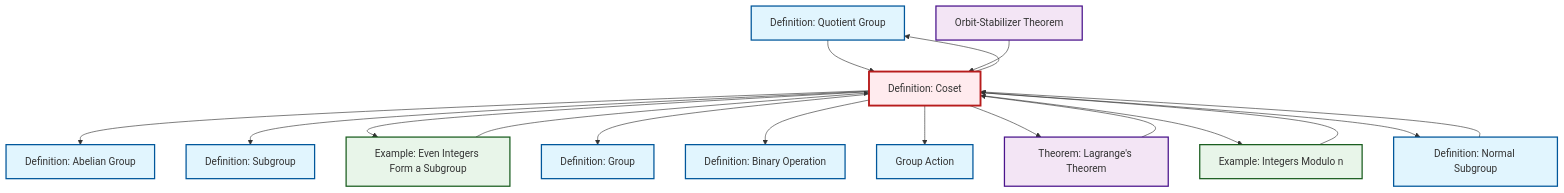
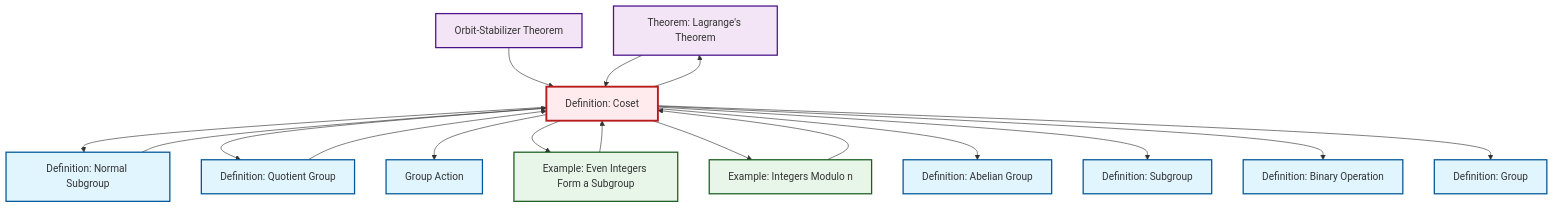
One commit to RK0429/ModernMath changed the diagram in content/ja/algebra/def-coset.qmd. Above: the diagram before and after it, drawn with Mermaid. The commit also changed other lines of this file and 615 other files, not shown here.

````diff
--- a/content/ja/algebra/def-coset.qmd
+++ b/content/ja/algebra/def-coset.qmd
@@ -158,49 +158,49 @@
 ```{mermaid}
 %%| fig-cap: "Local dependency graph"
 graph TD
     classDef definition fill:#e1f5fe,stroke:#01579b,stroke-width:2px
     classDef theorem fill:#f3e5f5,stroke:#4a148c,stroke-width:2px
     classDef axiom fill:#fff3e0,stroke:#e65100,stroke-width:2px
     classDef example fill:#e8f5e9,stroke:#1b5e20,stroke-width:2px
     classDef current fill:#ffebee,stroke:#b71c1c,stroke-width:3px
+    def-group-action["Group Action"]:::definition
+    def-group["Definition: Group"]:::definition
+    def-subgroup["Definition: Subgroup"]:::definition
+    thm-lagrange["Theorem: Lagrange's Theorem"]:::theorem
+    def-binary-operation["Definition: Binary Operation"]:::definition
     def-abelian-group["Definition: Abelian Group"]:::definition
-    def-quotient-group["Definition: Quotient Group"]:::definition
+    ex-even-integers-subgroup["Example: Even Integers Form a Subgroup"]:::example
+    thm-orbit-stabilizer["Orbit-Stabilizer Theorem"]:::theorem
     ex-quotient-integers-mod-n["Example: Integers Modulo n"]:::example
-    thm-lagrange["Theorem: Lagrange's Theorem"]:::theorem
     def-coset["Definition: Coset"]:::definition
     def-normal-subgroup["Definition: Normal Subgroup"]:::definition
-    def-group-action["Group Action"]:::definition
-    ex-even-integers-subgroup["Example: Even Integers Form a Subgroup"]:::example
-    def-group["Definition: Group"]:::definition
-    thm-orbit-stabilizer["Orbit-Stabilizer Theorem"]:::theorem
-    def-binary-operation["Definition: Binary Operation"]:::definition
-    def-subgroup["Definition: Subgroup"]:::definition
+    def-quotient-group["Definition: Quotient Group"]:::definition
+    def-coset --> def-normal-subgroup
+    thm-orbit-stabilizer --> def-coset
+    def-quotient-group --> def-coset
     def-coset --> def-quotient-group
+    def-coset --> def-group-action
+    def-coset --> ex-even-integers-subgroup
+    def-coset --> ex-quotient-integers-mod-n
     def-coset --> def-abelian-group
-    def-coset --> def-subgroup
-    def-quotient-group --> def-coset
-    thm-lagrange --> def-coset
-    def-coset --> ex-even-integers-subgroup
-    thm-orbit-stabilizer --> def-coset
-    def-coset --> def-group
-    def-coset --> def-binary-operation
-    ex-quotient-integers-mod-n --> def-coset
-    def-normal-subgroup --> def-coset
-    def-coset --> def-group-action
     ex-even-integers-subgroup --> def-coset
     def-coset --> thm-lagrange
-    def-coset --> ex-quotient-integers-mod-n
-    def-coset --> def-normal-subgroup
+    def-coset --> def-subgroup
+    ex-quotient-integers-mod-n --> def-coset
+    thm-lagrange --> def-coset
+    def-coset --> def-binary-operation
+    def-coset --> def-group
+    def-normal-subgroup --> def-coset
     class def-coset current
+    click def-group-action "def-group-action.html" "Group Actionへ"
+    click def-group "def-group.html" "Definition: Groupへ"
+    click def-subgroup "def-subgroup.html" "Definition: Subgroupへ"
+    click thm-lagrange "thm-lagrange.html" "Theorem: Lagrange's Theoremへ"
+    click def-binary-operation "def-binary-operation.html" "Definition: Binary Operationへ"
     click def-abelian-group "def-abelian-group.html" "Definition: Abelian Groupへ"
+    click ex-even-integers-subgroup "ex-even-integers-subgroup.html" "Example: Even Integers Form a Subgroupへ"
+    click thm-orbit-stabilizer "thm-orbit-stabilizer.html" "Orbit-Stabilizer Theoremへ"
+    click ex-quotient-integers-mod-n "ex-quotient-integers-mod-n.html" "Example: Integers Modulo nへ"
+    click def-normal-subgroup "def-normal-subgroup.html" "Definition: Normal Subgroupへ"
     click def-quotient-group "def-quotient-group.html" "Definition: Quotient Groupへ"
-    click ex-quotient-integers-mod-n "ex-quotient-integers-mod-n.html" "Example: Integers Modulo nへ"
-    click thm-lagrange "thm-lagrange.html" "Theorem: Lagrange's Theoremへ"
-    click def-normal-subgroup "def-normal-subgroup.html" "Definition: Normal Subgroupへ"
-    click def-group-action "def-group-action.html" "Group Actionへ"
-    click ex-even-integers-subgroup "ex-even-integers-subgroup.html" "Example: Even Integers Form a Subgroupへ"
-    click def-group "def-group.html" "Definition: Groupへ"
-    click thm-orbit-stabilizer "thm-orbit-stabilizer.html" "Orbit-Stabilizer Theoremへ"
-    click def-binary-operation "def-binary-operation.html" "Definition: Binary Operationへ"
-    click def-subgroup "def-subgroup.html" "Definition: Subgroupへ"
 ```
````
